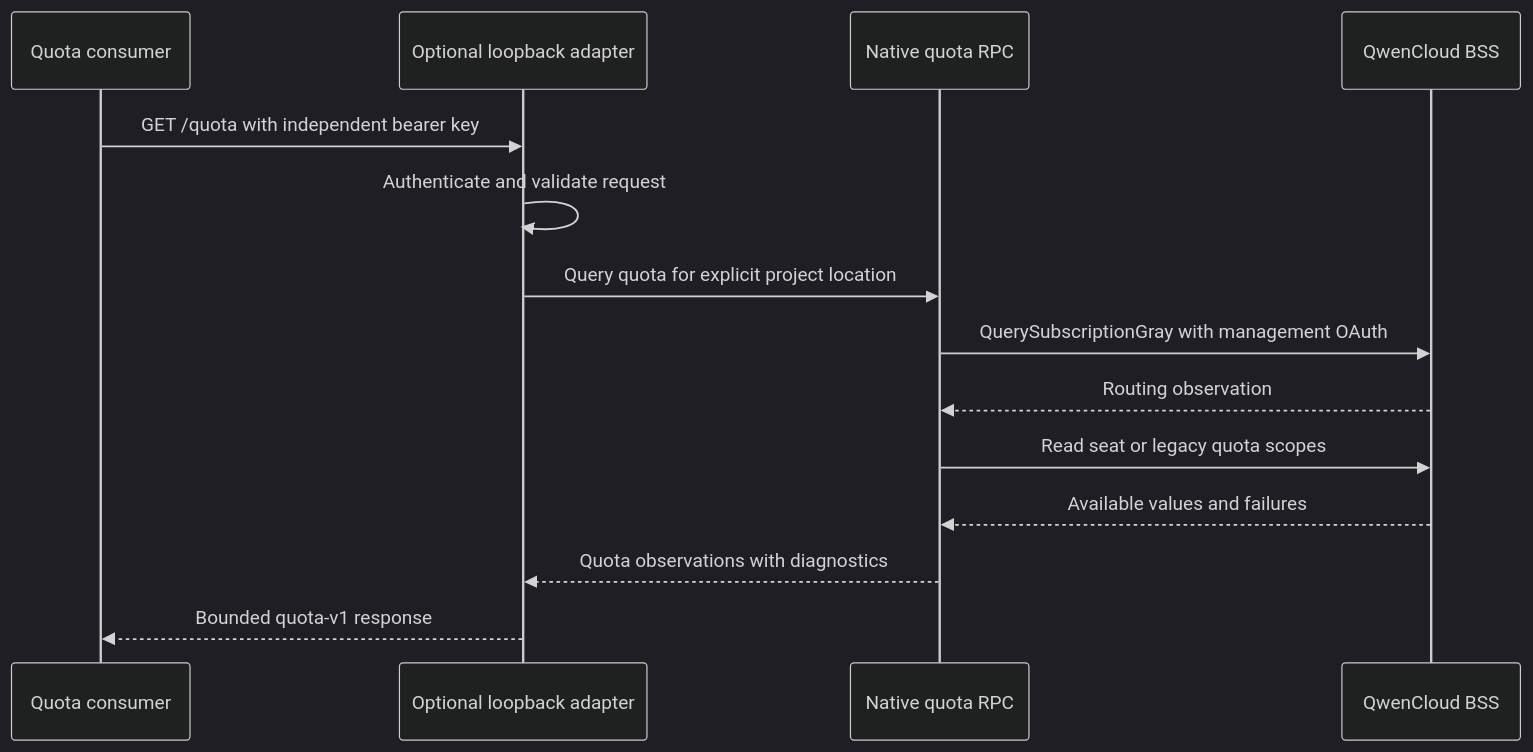
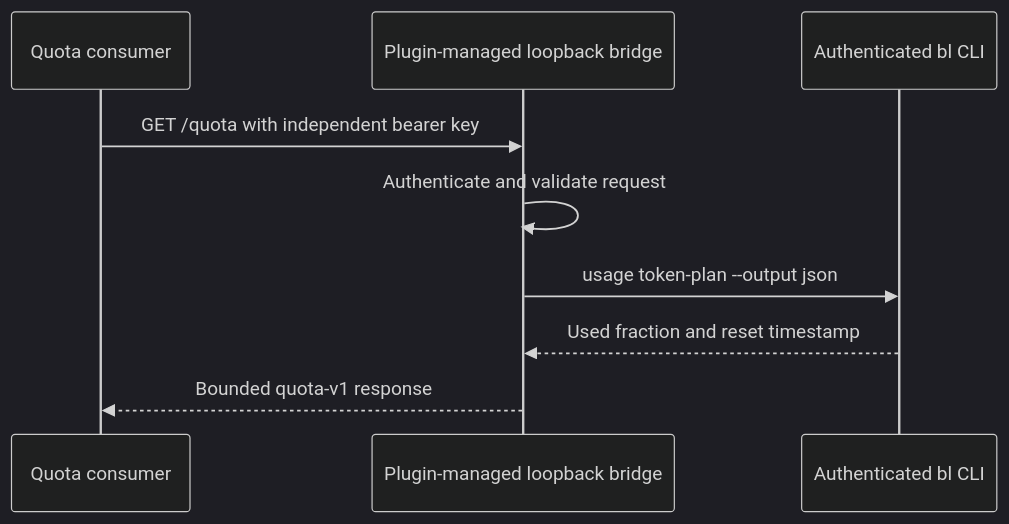
Before and after one commit to leandromqrs/opencode-qwencloud-oauth: the second of 2 diagrams in ARCHITECTURE.md, drawn with Mermaid (dark theme). The commit also changed other lines of this file and 1 other file, not shown here.

First line of the commit message:
docs(architecture): record quota and model protocol boundaries

````diff
--- a/ARCHITECTURE.md
+++ b/ARCHITECTURE.md
@@ -52,16 +55,11 @@
 ```mermaid
 sequenceDiagram
     participant Consumer as Quota consumer
-    participant Adapter as Optional loopback adapter
-    participant RPC as Native quota RPC
-    participant BSS as QwenCloud BSS
+    participant Adapter as Plugin-managed loopback bridge
+    participant CLI as Authenticated bl CLI
     Consumer->>Adapter: GET /quota with independent bearer key
     Adapter->>Adapter: Authenticate and validate request
-    Adapter->>RPC: Query quota for explicit project location
-    RPC->>BSS: QuerySubscriptionGray with management OAuth
-    BSS-->>RPC: Routing observation
-    RPC->>BSS: Read seat or legacy quota scopes
-    BSS-->>RPC: Available values and failures
-    RPC-->>Adapter: Quota observations with diagnostics
+    Adapter->>CLI: usage token-plan --output json
+    CLI-->>Adapter: Used fraction and reset timestamp
     Adapter-->>Consumer: Bounded quota-v1 response
 ```
````
